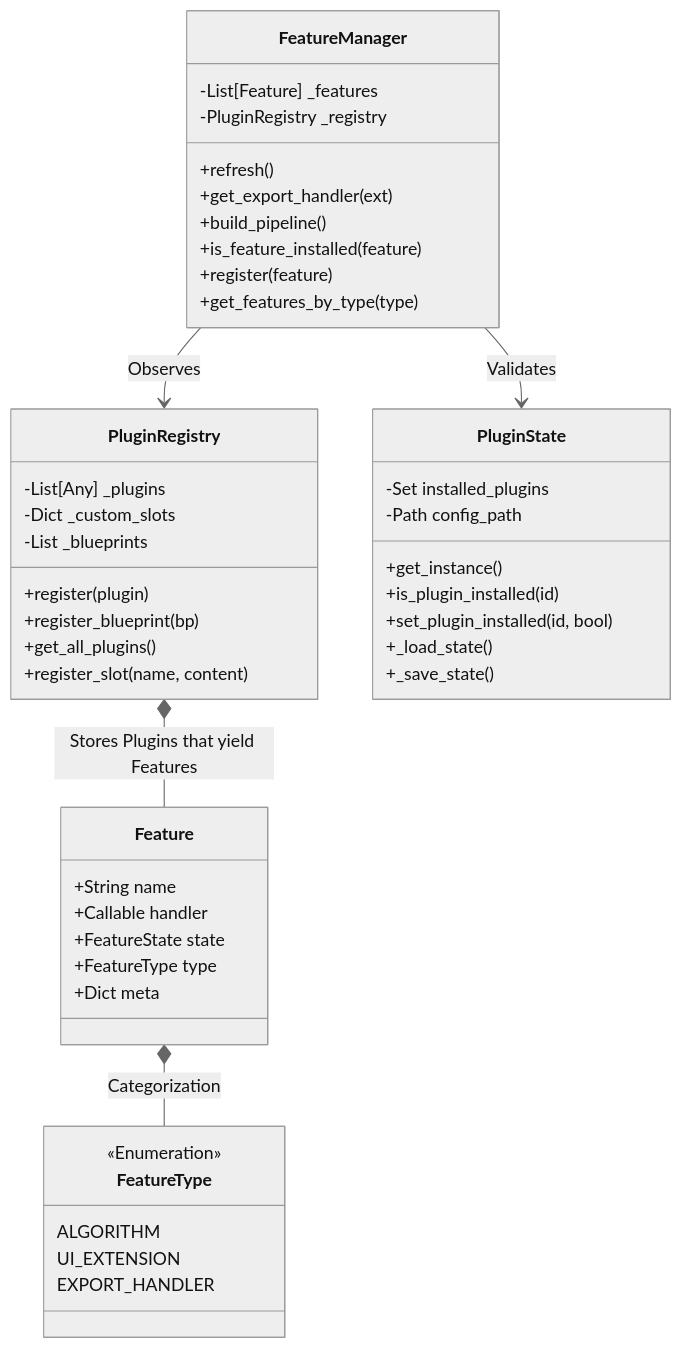
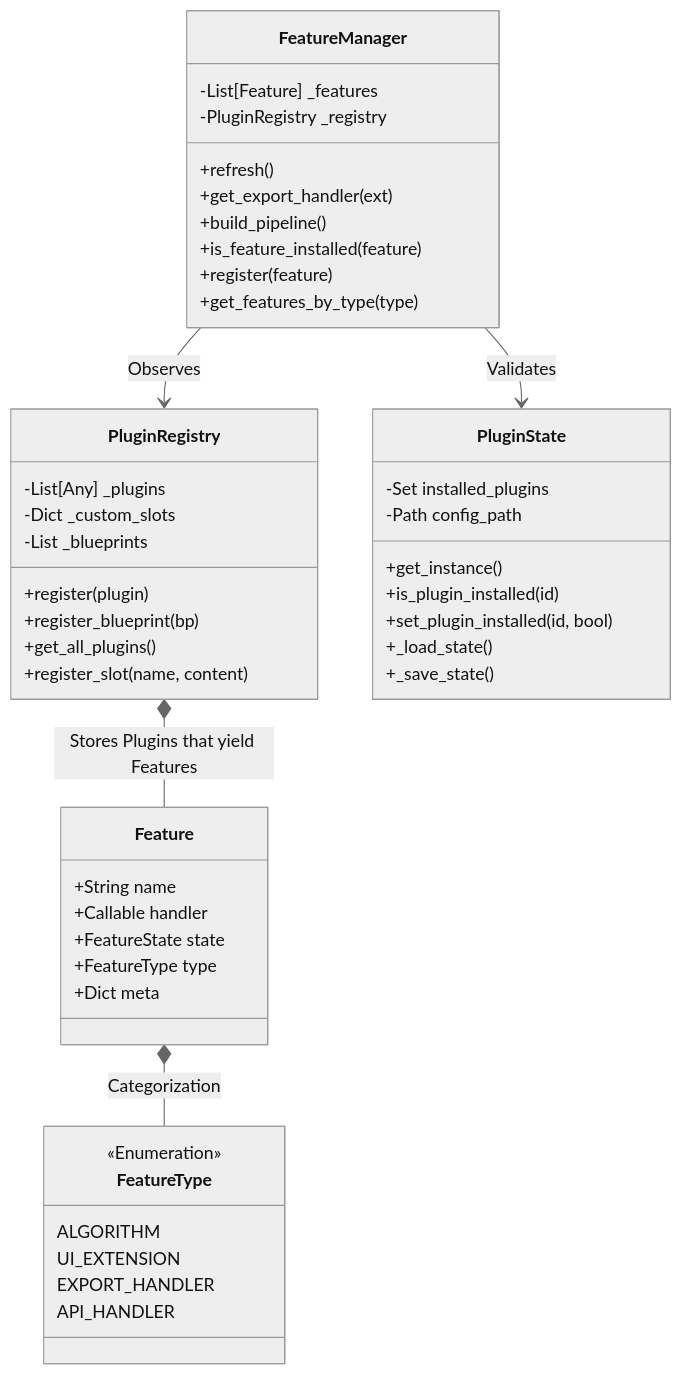
The second of 6 diagrams in docs/DOCNEXUS_ARCHITECTURE.md (docnexus-org/DocNexus), drawn with Mermaid (neutral theme) before and after one commit. The commit also changed other lines of this file and 3 other files, not shown here.

````diff
--- a/docs/DOCNEXUS_ARCHITECTURE.md
+++ b/docs/DOCNEXUS_ARCHITECTURE.md
@@ -50,53 +50,54 @@
 ```mermaid
 classDiagram
     class FeatureManager {
         -List[Feature] _features
         -PluginRegistry _registry
         +refresh()
         +get_export_handler(ext)
         +build_pipeline()
         +is_feature_installed(feature)
         +register(feature)
         +get_features_by_type(type)
     }
 
     class PluginRegistry {
         -List[Any] _plugins
         -Dict _custom_slots
         -List _blueprints
         +register(plugin)
         +register_blueprint(bp)
         +get_all_plugins()
         +register_slot(name, content)
     }
 
     class PluginState {
         -Set installed_plugins
         -Path config_path
         +get_instance()
         +is_plugin_installed(id)
         +set_plugin_installed(id, bool)
         +_load_state()
         +_save_state()
     }
 
     class Feature {
         +String name
         +Callable handler
         +FeatureState state
         +FeatureType type
         +Dict meta
     }
 
     class FeatureType {
         <<Enumeration>>
         ALGORITHM
         UI_EXTENSION
         EXPORT_HANDLER
+        API_HANDLER
     }
 
     FeatureManager --> PluginRegistry : Observes
     FeatureManager --> PluginState : Validates
     PluginRegistry *-- Feature : Stores Plugins that yield Features
     Feature *-- FeatureType : Categorization
 ```
````
